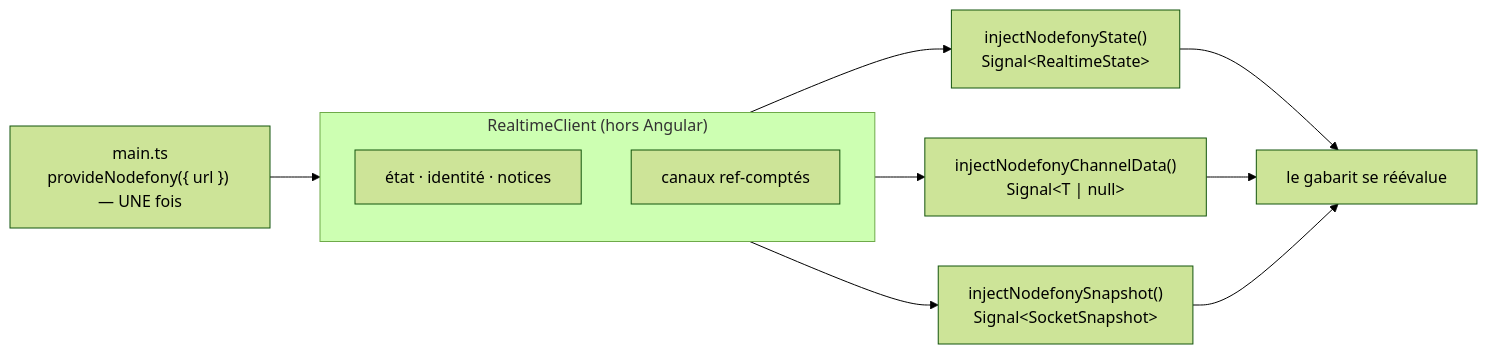
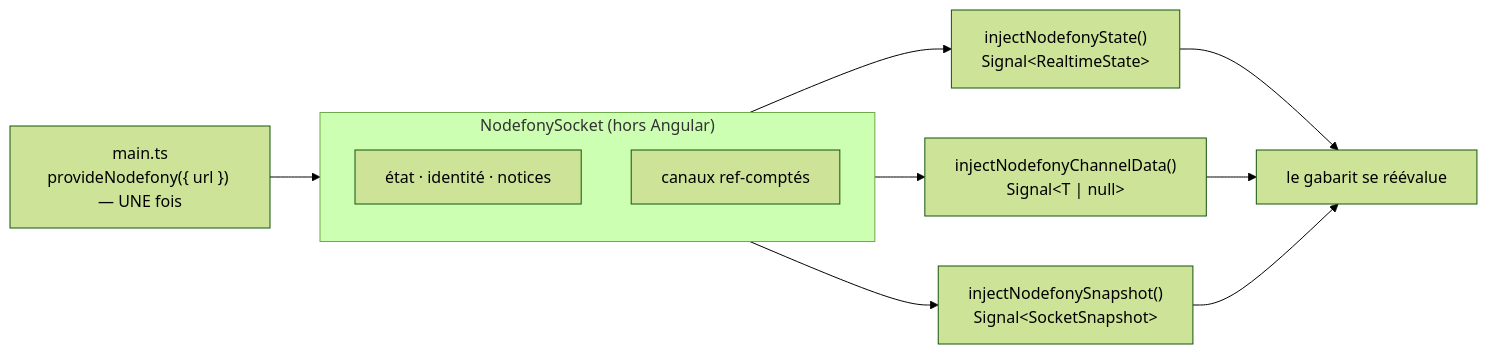
The diagram in src/nodefony/docs/angular-services.md (nodefony/nodefony-core), drawn with Mermaid (forest theme) before and after one commit. The commit also changed other lines of this file and 133 other files, not shown here.

````diff
--- a/src/nodefony/docs/angular-services.md
+++ b/src/nodefony/docs/angular-services.md
@@ -48,15 +48,15 @@
 ```mermaid
 flowchart LR
   APP["main.ts<br/>provideNodefony({ url }) — UNE fois"] --> CL
-  subgraph CL["RealtimeClient (hors Angular)"]
+  subgraph CL["NodefonySocket (hors Angular)"]
     direction TB
     S["état · identité · notices"]
     C["canaux ref-comptés"]
   end
   CL --> A["injectNodefonyState()<br/>Signal&lt;RealtimeState&gt;"]
   CL --> B["injectNodefonyChannelData()<br/>Signal&lt;T | null&gt;"]
   CL --> D["injectNodefonySnapshot()<br/>Signal&lt;SocketSnapshot&gt;"]
   A --> V["le gabarit se réévalue"]
   B --> V
   D --> V
 ```
````
